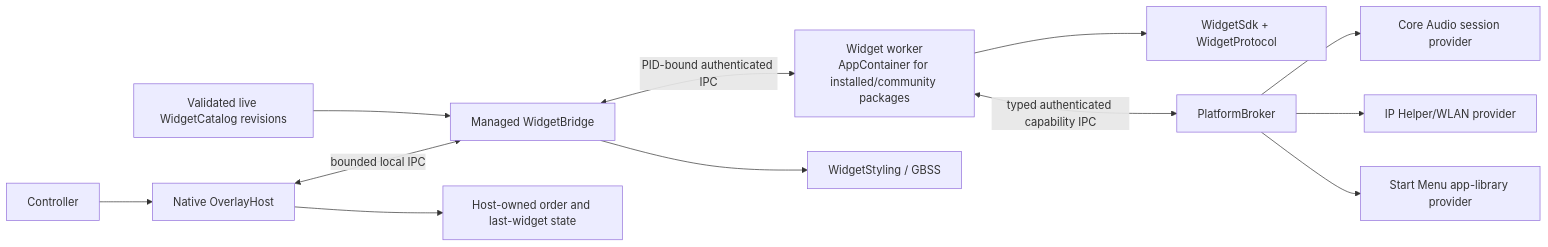
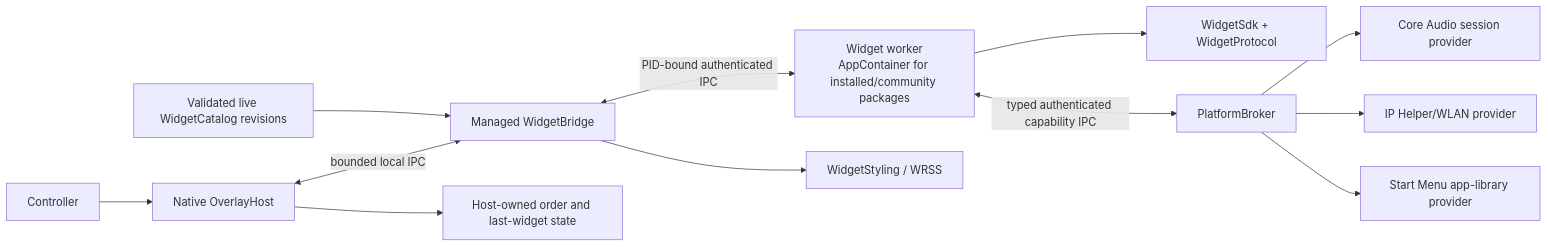
The diagram in docs/platform-architecture.md (sandwi-dev/WidgetRail), drawn with Mermaid before and after one commit. The commit also changed other lines of this file and 580 other files, not shown here.

````diff
--- a/docs/platform-architecture.md
+++ b/docs/platform-architecture.md
@@ -21,14 +21,14 @@
 ```mermaid
 flowchart LR
     Controller["Controller"] --> Host["Native OverlayHost"]
     Host <-->|"bounded local IPC"| Bridge["Managed WidgetBridge"]
     Bridge <-->|"PID-bound authenticated IPC"| Worker["Widget worker<br/>AppContainer for installed/community packages"]
     Worker --> SDK["WidgetSdk + WidgetProtocol"]
-    Bridge --> Styling["WidgetStyling / GBSS"]
+    Bridge --> Styling["WidgetStyling / WRSS"]
     Worker <-->|"typed authenticated capability IPC"| Broker["PlatformBroker"]
     Broker --> Audio["Core Audio session provider"]
     Broker --> Network["IP Helper/WLAN provider"]
     Broker --> Apps["Start Menu app-library provider"]
     Host --> State["Host-owned order and last-widget state"]
     Catalog["Validated live WidgetCatalog revisions"] --> Bridge
 ```
````
